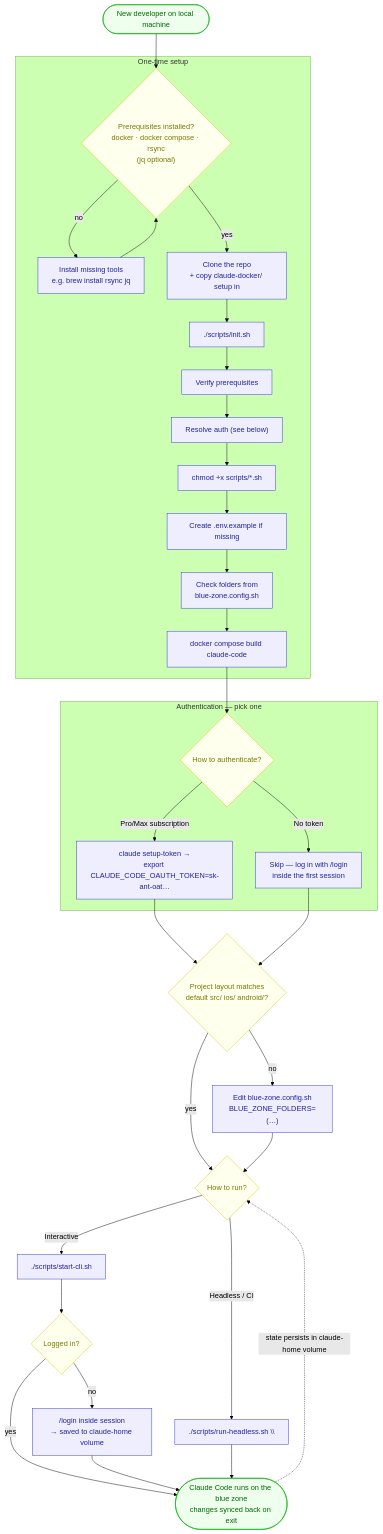
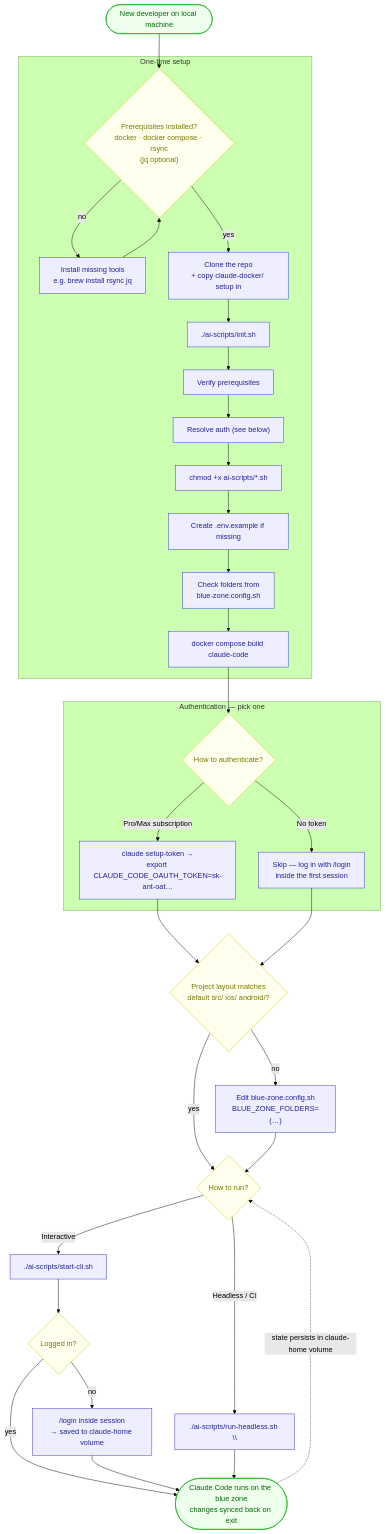
Before and after one commit to matviyiv/RedBlue: the diagram in claude-docker/docs/dev-setup-flow.md, drawn with Mermaid (forest theme). The commit also changed other lines of this file and 47 other files, not shown here.

````diff
--- a/claude-docker/docs/dev-setup-flow.md
+++ b/claude-docker/docs/dev-setup-flow.md
@@ -7,54 +7,54 @@
 ```mermaid
 flowchart TD
     start(["New developer on local machine"]) --> prereq
 
     subgraph oneoff["One-time setup"]
         prereq{"Prerequisites installed?<br/>docker · docker compose · rsync<br/>(jq optional)"}
         prereq -->|no| install["Install missing tools<br/>e.g. brew install rsync jq"]
         install --> prereq
         prereq -->|yes| clone["Clone the repo<br/>+ copy claude-docker/ setup in"]
-        clone --> init["./scripts/init.sh"]
+        clone --> init["./ai-scripts/init.sh"]
 
         init --> i_prereq["Verify prerequisites"]
         i_prereq --> i_auth["Resolve auth (see below)"]
-        i_auth --> i_perm["chmod +x scripts/*.sh"]
+        i_auth --> i_perm["chmod +x ai-scripts/*.sh"]
         i_perm --> i_env["Create .env.example if missing"]
         i_env --> i_folders["Check folders from<br/>blue-zone.config.sh"]
         i_folders --> i_build["docker compose build claude-code"]
     end
 
     i_build --> authq{"How to authenticate?"}
 
     subgraph auth["Authentication — pick one"]
         authq -->|Pro/Max subscription| a2["claude setup-token →<br/>export CLAUDE_CODE_OAUTH_TOKEN=sk-ant-oat…"]
         authq -->|No token| a3["Skip — log in with /login<br/>inside the first session"]
     end
 
     a2 --> cfg
     a3 --> cfg
 
     cfg{"Project layout matches<br/>default src/ ios/ android/?"}
     cfg -->|no| edit["Edit blue-zone.config.sh<br/>BLUE_ZONE_FOLDERS=(…)"]
     cfg -->|yes| choose
     edit --> choose
 
     choose{"How to run?"}
-    choose -->|Interactive| cli["./scripts/start-cli.sh"]
-    choose -->|Headless / CI| hl["./scripts/run-headless.sh \"<prompt>\""]
+    choose -->|Interactive| cli["./ai-scripts/start-cli.sh"]
+    choose -->|Headless / CI| hl["./ai-scripts/run-headless.sh \"<prompt>\""]
 
     cli --> login{"Logged in?"}
     login -->|no| dologin["/login inside session<br/>→ saved to claude-home volume"]
     login -->|yes| session
     dologin --> session
 
     hl --> session
     session(["Claude Code runs on the blue zone<br/>changes synced back on exit"])
     session -.->|"state persists in claude-home volume"| choose
 
     classDef step fill:#eef,stroke:#33c,color:#229;
     classDef done fill:#efe,stroke:#0a0,color:#060;
     classDef decision fill:#ffe,stroke:#cc0,color:#770;
     class init,i_prereq,i_auth,i_perm,i_env,i_folders,i_build,a2,a3,edit,cli,hl,dologin,clone,install step;
     class start,session done;
     class prereq,authq,cfg,choose,login decision;
 ```
````
